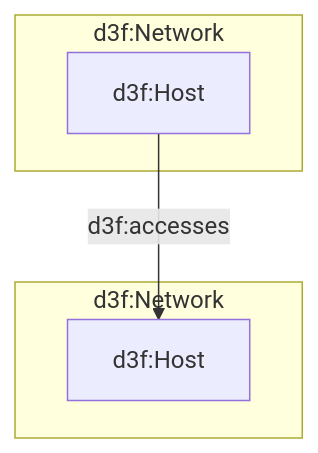
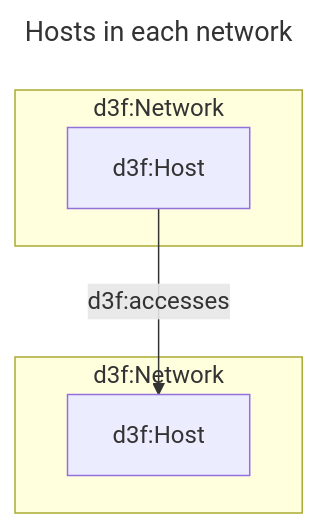
The second of 3 diagrams in app/src/data/examples/001-layers.md (ioggstream/d3sign), drawn with Mermaid before and after one commit. The commit also changed other lines of this file and 8 other files, not shown here.

Commit message:
Fix: #6. Diagram titles.

````diff
--- a/app/src/data/examples/001-layers.md
+++ b/app/src/data/examples/001-layers.md
@@ -22,17 +23,18 @@
 ```mermaid
 ---
 id: host
+title: Hosts in each network
 ---
 graph
 
 subgraph n1[d3f:Network]
     h1[d3f:Host]
 end
 
 subgraph n2[d3f:Network]
     h2[d3f:Host]
 end
 
 h1 -->|d3f:accesses| h2
 
 ```
````
